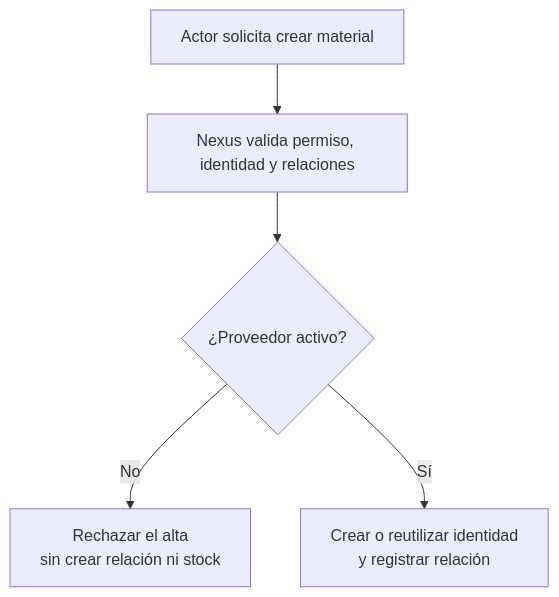
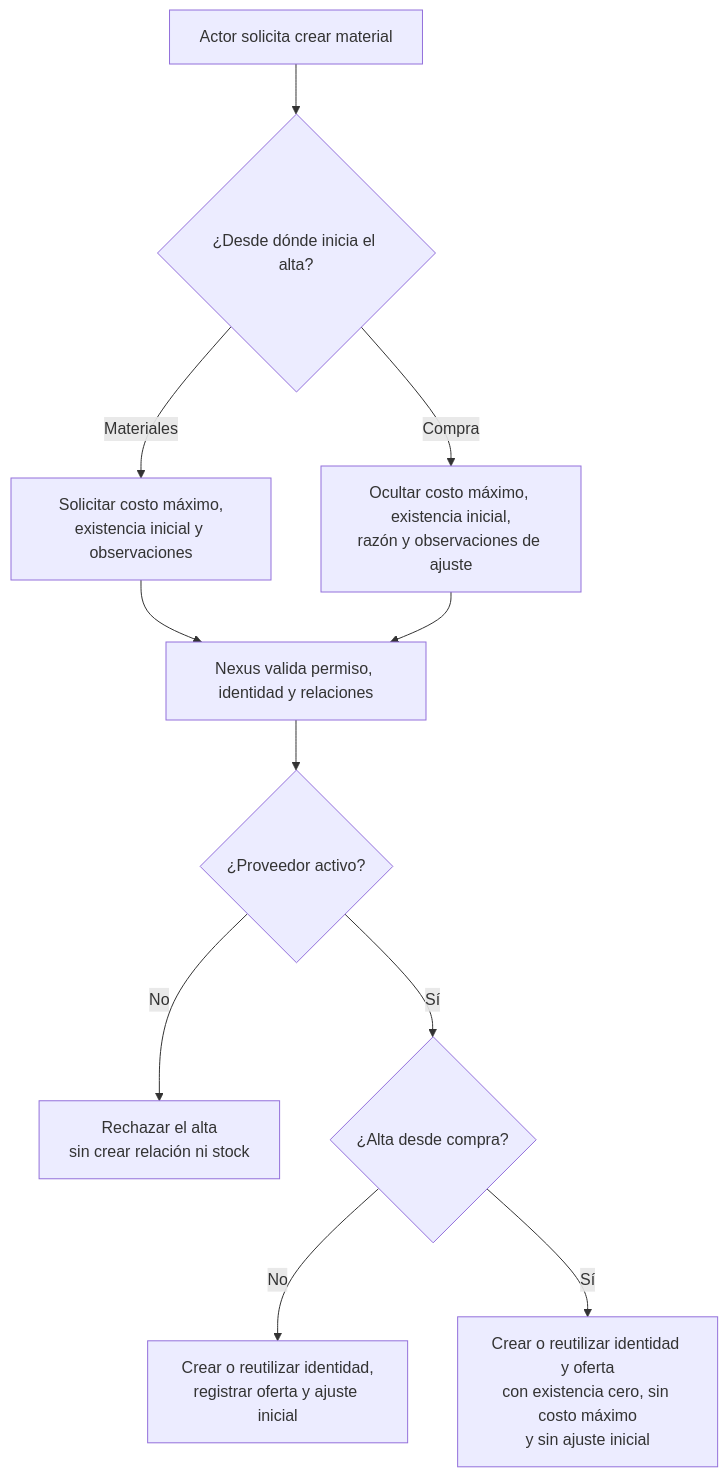
The diagram in docs/requirements/diagrams/catalogs/cu-alm-02.md (gpgsistemas01/nexus), drawn with Mermaid before and after one commit. The commit also changed 18 other files, not shown here.

````diff
--- a/docs/requirements/diagrams/catalogs/cu-alm-02.md
+++ b/docs/requirements/diagrams/catalogs/cu-alm-02.md
@@ -3,8 +3,14 @@
 ```mermaid
 flowchart TD
     accTitle: CU-ALM-02 — Crear material
-    request["Actor solicita crear material"] --> validate["Nexus valida permiso, identidad y relaciones"]
+    request["Actor solicita crear material"] --> context{"¿Desde dónde inicia el alta?"}
+    context -->|Materiales| direct["Solicitar costo máximo,<br/>existencia inicial y observaciones"]
+    context -->|Compra| purchase["Ocultar costo máximo, existencia inicial,<br/>razón y observaciones de ajuste"]
+    direct --> validate["Nexus valida permiso, identidad y relaciones"]
+    purchase --> validate
     validate --> active{"¿Proveedor activo?"}
     active -->|No| reject["Rechazar el alta<br/>sin crear relación ni stock"]
-    active -->|Sí| result["Crear o reutilizar identidad<br/>y registrar relación"]
+    active -->|Sí| origin{"¿Alta desde compra?"}
+    origin -->|No| adjustment["Crear o reutilizar identidad,<br/>registrar oferta y ajuste inicial"]
+    origin -->|Sí| zero["Crear o reutilizar identidad y oferta<br/>con existencia cero, sin costo máximo<br/>y sin ajuste inicial"]
 ```
````
